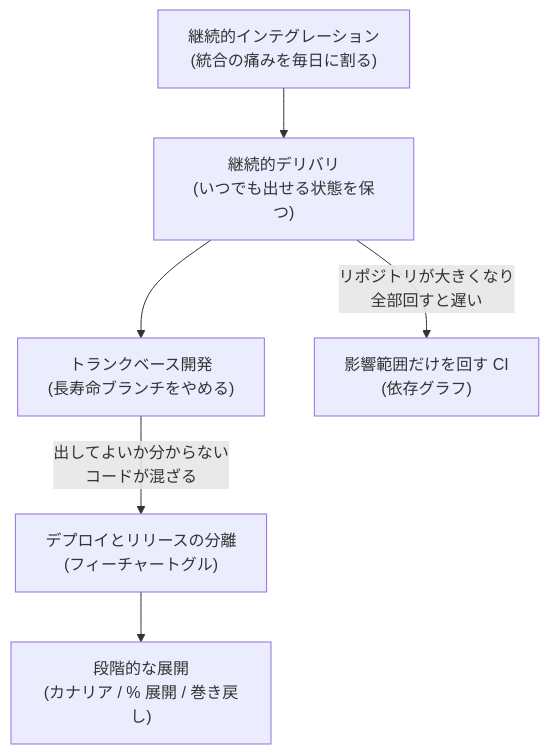
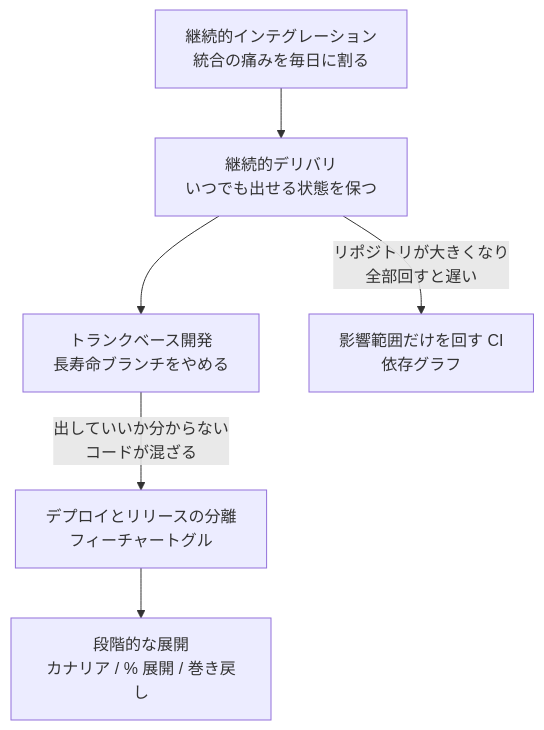
Before and after one commit to rikukaInoue/rikukadev: the second of 14 diagrams in src/content/blog/online-migration-and-deploy-isolation.mdx, drawn with Mermaid. The commit also changed other lines of this file, not shown here.

````diff
--- a/src/content/blog/online-migration-and-deploy-isolation.mdx
+++ b/src/content/blog/online-migration-and-deploy-isolation.mdx
@@ -69,14 +92,14 @@
 ```mermaid
 graph TB
-    CI["継続的インテグレーション<br/>(統合の痛みを毎日に割る)"]
-    CD["継続的デリバリ<br/>(いつでも出せる状態を保つ)"]
-    TB["トランクベース開発<br/>(長寿命ブランチをやめる)"]
-    FT["デプロイとリリースの分離<br/>(フィーチャートグル)"]
-    PD["段階的な展開<br/>(カナリア / % 展開 / 巻き戻し)"]
-    AF["影響範囲だけを回す CI<br/>(依存グラフ)"]
+    CI["継続的インテグレーション<br/>統合の痛みを毎日に割る"]
+    CD["継続的デリバリ<br/>いつでも出せる状態を保つ"]
+    TB["トランクベース開発<br/>長寿命ブランチをやめる"]
+    FT["デプロイとリリースの分離<br/>フィーチャートグル"]
+    PD["段階的な展開<br/>カナリア / % 展開 / 巻き戻し"]
+    AF["影響範囲だけを回す CI<br/>依存グラフ"]
 
     CI --> CD --> TB
-    TB -->|"出してよいか分からない<br/>コードが混ざる"| FT
+    TB -->|"出していいか分からない<br/>コードが混ざる"| FT
     FT --> PD
     CD -->|"リポジトリが大きくなり<br/>全部回すと遅い"| AF
 ```
````
